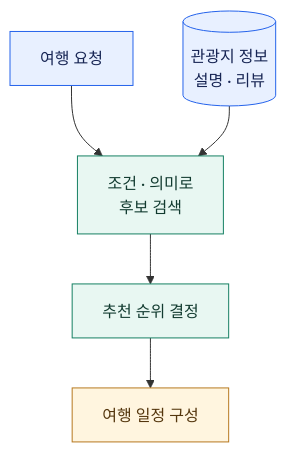
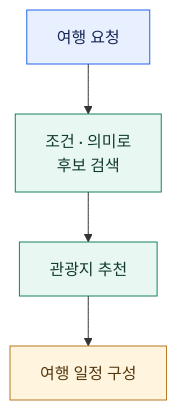
Before and after one commit to SJayKim/SJayKim: the seventh of 9 diagrams in README.md, drawn with Mermaid. The commit also changed other lines of this file, not shown here.

Commit message:
docs: balance all project summaries and diagrams

````diff
--- a/README.md
+++ b/README.md
@@ -110,14 +198,13 @@
 ```mermaid
 flowchart TB
     REQUEST["여행 요청"] --> SEARCH["조건 · 의미로<br/>후보 검색"]
-    INFO[("관광지 정보<br/>설명 · 리뷰")] --> SEARCH
-    SEARCH --> RANK["추천 순위 결정"]
+    SEARCH --> RANK["관광지 추천"]
     RANK --> PLAN["여행 일정 구성"]
 
     classDef input fill:#e8f0ff,stroke:#2563eb,color:#172554
     classDef work fill:#e8f7f2,stroke:#168063,color:#123b30
     classDef result fill:#fff5df,stroke:#b7791f,color:#54360d
-    class REQUEST,INFO input
+    class REQUEST input
     class SEARCH,RANK work
     class PLAN result
 ```
````
